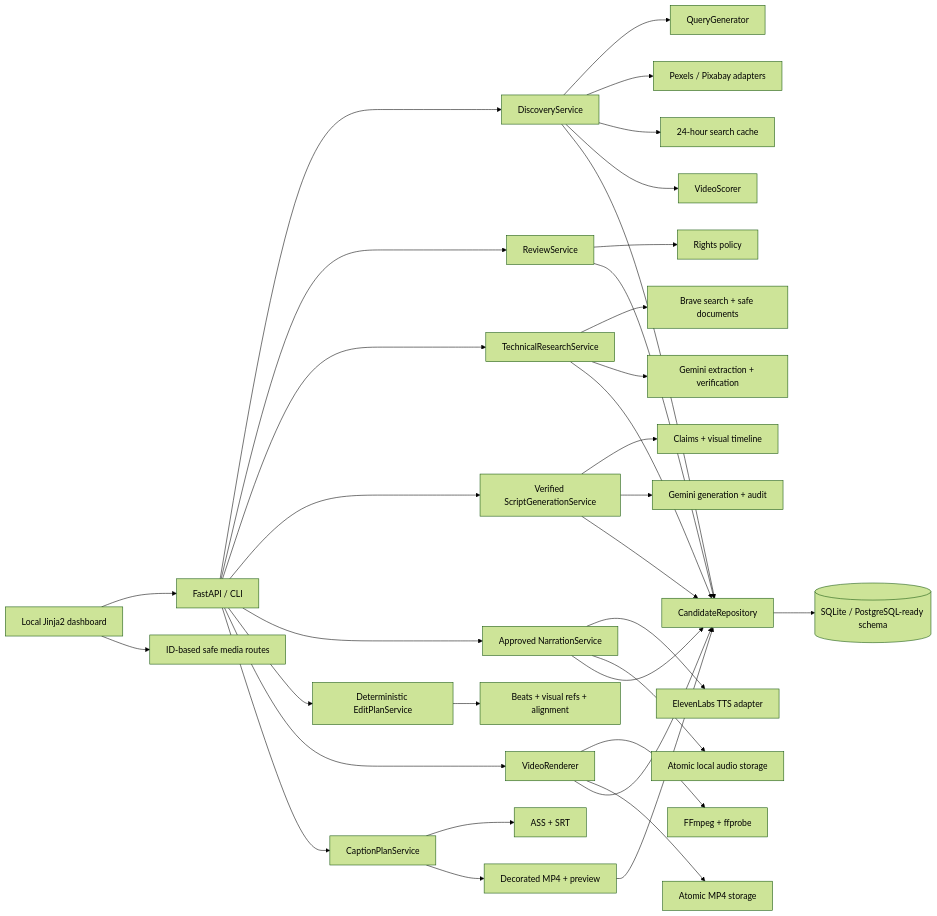
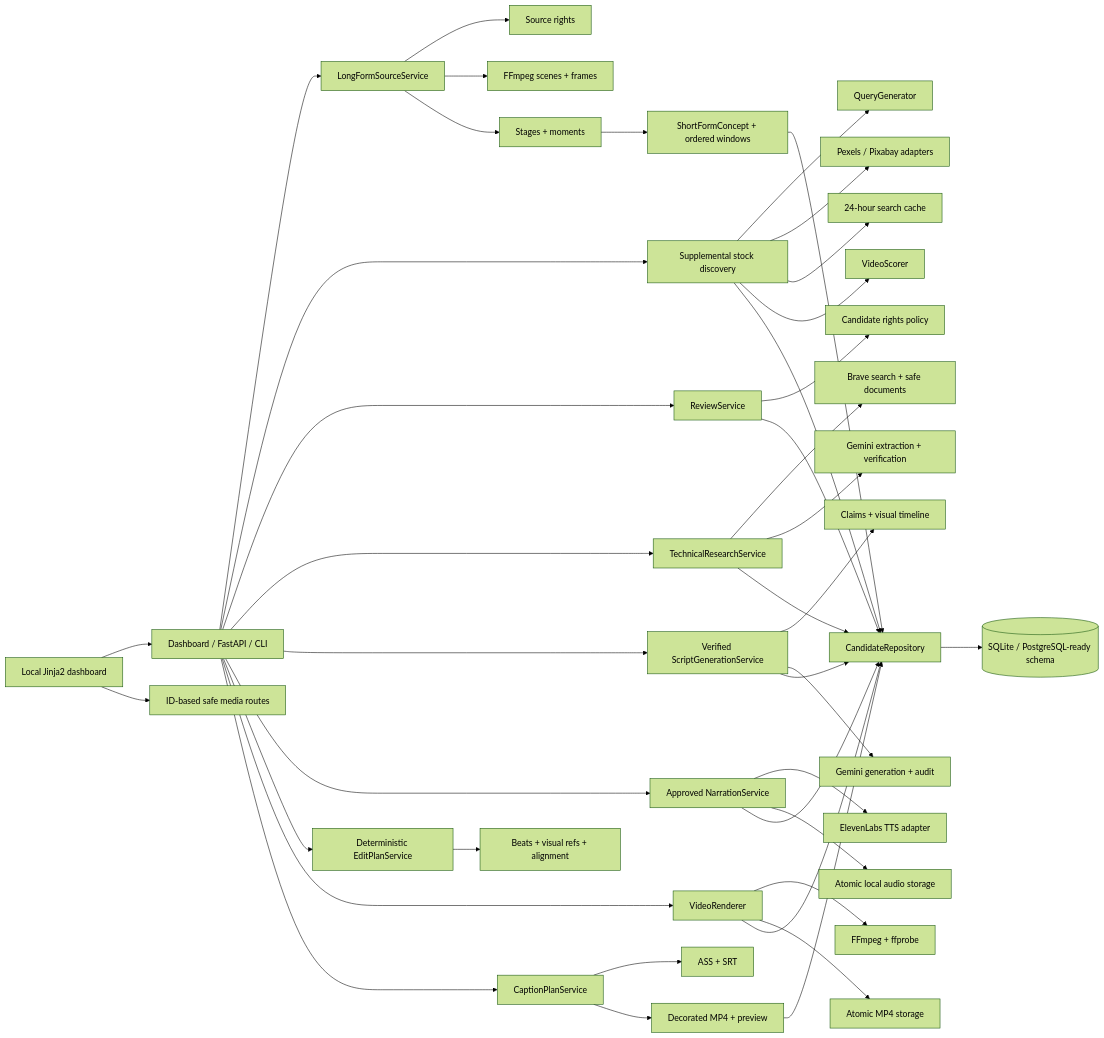
The diagram in README.md (magdaleno88/VIdeo_editor), drawn with Mermaid (forest theme) before and after one commit. The commit also changed other lines of this file and 49 other files, not shown here.

````diff
--- a/README.md
+++ b/README.md
@@ -28,37 +34,43 @@
 ```mermaid
 flowchart LR
-    API[FastAPI / CLI] --> Discovery[DiscoveryService]
+    API[Dashboard / FastAPI / CLI] --> Sources[LongFormSourceService]
+    Sources --> Rights[Source rights]
+    Sources --> Scenes[FFmpeg scenes + frames]
+    Sources --> Structure[Stages + moments]
+    Structure --> Concepts[ShortFormConcept + ordered windows]
+    Concepts --> Repository[Existing candidate pipeline]
+    API --> Discovery[Supplemental stock discovery]
     Discovery --> Queries[QueryGenerator]
     Discovery --> Providers[Pexels / Pixabay adapters]
     Discovery --> Cache[24-hour search cache]
     Discovery --> Scoring[VideoScorer]
     Discovery --> Repository[CandidateRepository]
     API --> Review[ReviewService]
     API --> Research[TechnicalResearchService]
     Research --> Search[Brave search + safe documents]
     Research --> Claims[Gemini extraction + verification]
     Research --> Repository
     API --> Scripting[Verified ScriptGenerationService]
     Scripting --> Allowlist[Claims + visual timeline]
     Scripting --> ScriptAI[Gemini generation + audit]
     Scripting --> Repository
     API --> Narration[Approved NarrationService]
     Narration --> TTS[ElevenLabs TTS adapter]
     Narration --> Audio[Atomic local audio storage]
     Narration --> Repository
     API --> Planning[Deterministic EditPlanService]
     Planning --> Evidence[Beats + visual refs + alignment]
     API --> Rendering[VideoRenderer]
     Rendering --> FFmpeg[FFmpeg + ffprobe]
     Rendering --> Output[Atomic MP4 storage]
     Rendering --> Repository
     API --> Captions[CaptionPlanService]
     Captions --> Subtitles[ASS + SRT]
     Captions --> Final[Decorated MP4 + preview]
     Final --> Repository
     Dashboard[Local Jinja2 dashboard] --> API
     Dashboard --> Media[ID-based safe media routes]
-    Review --> Rights[Rights policy]
+    Review --> CandidateRights[Candidate rights policy]
     Review --> Repository
     Repository --> DB[(SQLite / PostgreSQL-ready schema)]
 ```
````
